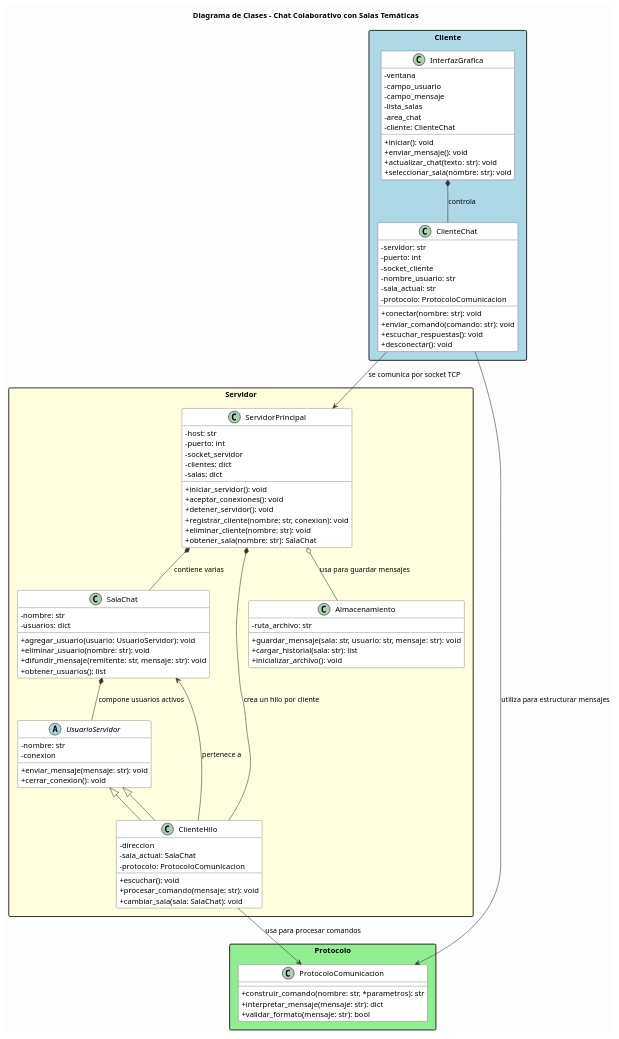
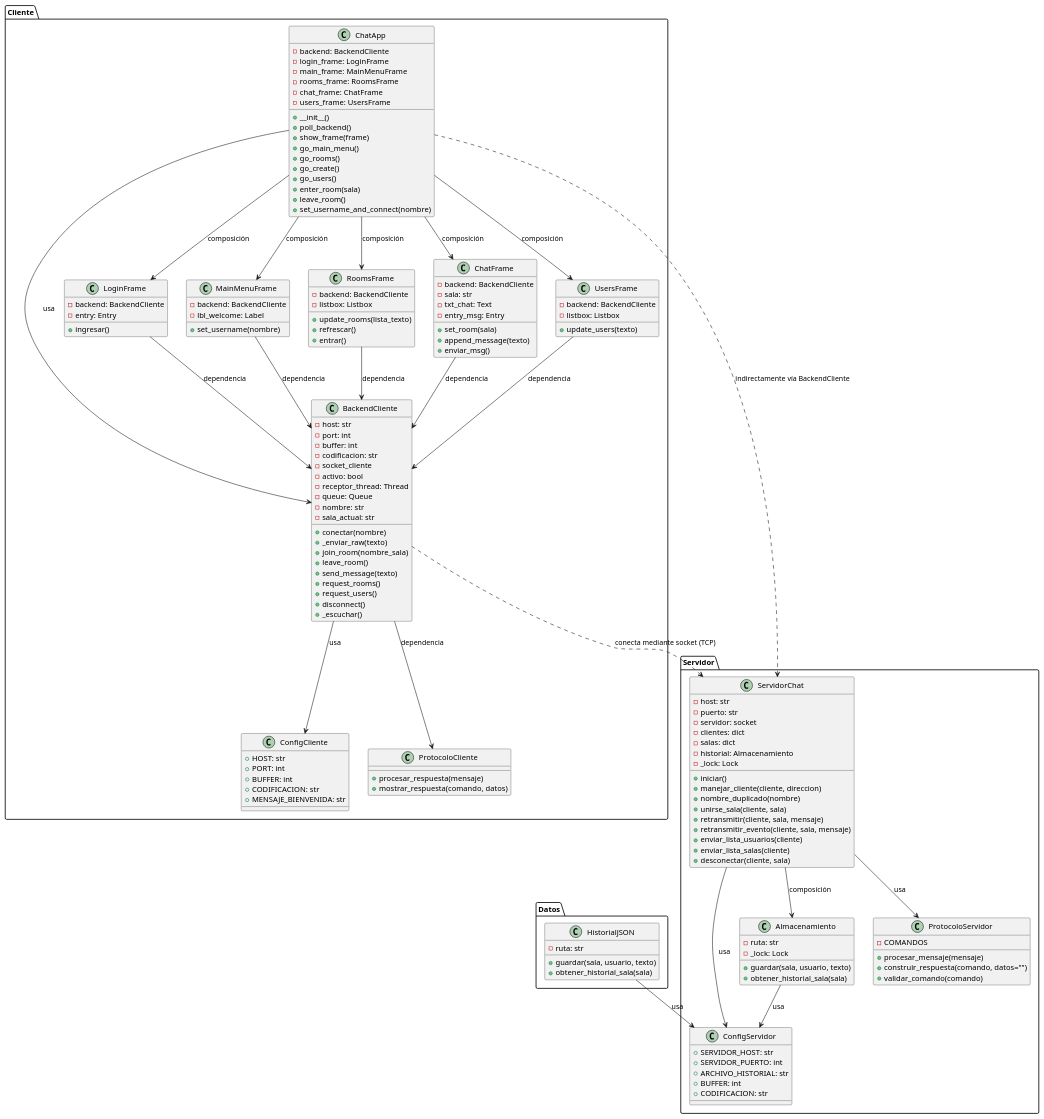
The diagram in docs/plantuml/diagrama_clases.puml (LeidyGarci/ChatColaborativo-ProyectoFinal), drawn with PlantUML before and after one commit. The commit also changed 28 other files, not shown here.

Commit message:
Finalizacion cliente - servidor chat con Interfaz

```diff
--- a/docs/plantuml/diagrama_clases.puml
+++ b/docs/plantuml/diagrama_clases.puml
@@ -1,122 +1,186 @@
 @startuml
-title Diagrama de Clases - Chat Colaborativo con Salas Temáticas
+' ====================== CLIENTE ======================
+package "Cliente" {
 
-' === ESTILOS VISUALES ===
-skinparam packageStyle rectangle
-skinparam classAttributeIconSize 0
-skinparam backgroundColor #fdfdfd
-skinparam classBackgroundColor #fff
-skinparam classBorderColor #333
-skinparam ArrowColor #333
-skinparam defaultFontName Arial
+    ' ---------------- Config Cliente ----------------
+    class ConfigCliente {
+        + HOST: str
+        + PORT: int
+        + BUFFER: int
+        + CODIFICACION: str
+        + MENSAJE_BIENVENIDA: str
+    }
 
-' === PAQUETE SERVIDOR ===
-package "Servidor" #lightyellow {
-    
-    class ServidorPrincipal {
+    ' ---------------- GUI principal ----------------
+    class ChatApp {
+        - backend: BackendCliente
+        - login_frame: LoginFrame
+        - main_frame: MainMenuFrame
+        - rooms_frame: RoomsFrame
+        - chat_frame: ChatFrame
+        - users_frame: UsersFrame
+        + __init__()
+        + poll_backend()
+        + show_frame(frame)
+        + go_main_menu()
+        + go_rooms()
+        + go_create()
+        + go_users()
+        + enter_room(sala)
+        + leave_room()
+        + set_username_and_connect(nombre)
+    }
+
+    ' ---------------- Backend ----------------
+    class BackendCliente {
         - host: str
-        - puerto: int
-        - socket_servidor
+        - port: int
+        - buffer: int
+        - codificacion: str
+        - socket_cliente
+        - activo: bool
+        - receptor_thread: Thread
+        - queue: Queue
+        - nombre: str
+        - sala_actual: str
+        + conectar(nombre)
+        + _enviar_raw(texto)
+        + join_room(nombre_sala)
+        + leave_room()
+        + send_message(texto)
+        + request_rooms()
+        + request_users()
+        + disconnect()
+        + _escuchar()
+    }
+
+    ' ---------------- Protocolo cliente ----------------
+    class ProtocoloCliente {
+        + procesar_respuesta(mensaje)
+        + mostrar_respuesta(comando, datos)
+    }
+
+    ' ---------------- Frames GUI ----------------
+    class LoginFrame {
+        - backend: BackendCliente
+        - entry: Entry
+        + ingresar()
+    }
+
+    class MainMenuFrame {
+        - backend: BackendCliente
+        - lbl_welcome: Label
+        + set_username(nombre)
+    }
+
+    class RoomsFrame {
+        - backend: BackendCliente
+        - listbox: Listbox
+        + update_rooms(lista_texto)
+        + refrescar()
+        + entrar()
+    }
+
+    class ChatFrame {
+        - backend: BackendCliente
+        - sala: str
+        - txt_chat: Text
+        - entry_msg: Entry
+        + set_room(sala)
+        + append_message(texto)
+        + enviar_msg()
+    }
+
+    class UsersFrame {
+        - backend: BackendCliente
+        - listbox: Listbox
+        + update_users(texto)
+    }
+
+    ' ---------------- Relaciones Cliente ----------------
+    ChatApp --> BackendCliente : usa
+    ChatApp --> LoginFrame : composición
+    ChatApp --> MainMenuFrame : composición
+    ChatApp --> RoomsFrame : composición
+    ChatApp --> ChatFrame : composición
+    ChatApp --> UsersFrame : composición
+    BackendCliente --> ProtocoloCliente : dependencia
+    BackendCliente --> ConfigCliente : usa
+    LoginFrame --> BackendCliente : dependencia
+    MainMenuFrame --> BackendCliente : dependencia
+    RoomsFrame --> BackendCliente : dependencia
+    ChatFrame --> BackendCliente : dependencia
+    UsersFrame --> BackendCliente : dependencia
+}
+
+' ====================== SERVIDOR ======================
+package "Servidor" {
+
+    ' ---------------- Config Servidor ----------------
+    class ConfigServidor {
+        + SERVIDOR_HOST: str
+        + SERVIDOR_PUERTO: int
+        + ARCHIVO_HISTORIAL: str
+        + BUFFER: int
+        + CODIFICACION: str
+    }
+
+    ' ---------------- Almacenamiento ----------------
+    class Almacenamiento {
+        - ruta: str
+        - _lock: Lock
+        + guardar(sala, usuario, texto)
+        + obtener_historial_sala(sala)
+    }
+
+    ' ---------------- Protocolo Servidor ----------------
+    class ProtocoloServidor {
+        + procesar_mensaje(mensaje)
+        + construir_respuesta(comando, datos="")
+        + validar_comando(comando)
+        - COMANDOS
+    }
+
+    ' ---------------- Núcleo Servidor ----------------
+    class ServidorChat {
+        - host: str
+        - puerto: str
+        - servidor: socket
         - clientes: dict
         - salas: dict
-        + iniciar_servidor(): void
-        + aceptar_conexiones(): void
-        + detener_servidor(): void
-        + registrar_cliente(nombre: str, conexion): void
-        + eliminar_cliente(nombre: str): void
-        + obtener_sala(nombre: str): SalaChat
+        - historial: Almacenamiento
+        - _lock: Lock
+        + iniciar()
+        + manejar_cliente(cliente, direccion)
+        + nombre_duplicado(nombre)
+        + unirse_sala(cliente, sala)
+        + retransmitir(cliente, sala, mensaje)
+        + retransmitir_evento(cliente, sala, mensaje)
+        + enviar_lista_usuarios(cliente)
+        + enviar_lista_salas(cliente)
+        + desconectar(cliente, sala)
     }
 
-    class SalaChat {
-        - nombre: str
-        - usuarios: dict
-        + agregar_usuario(usuario: UsuarioServidor): void
-        + eliminar_usuario(nombre: str): void
-        + difundir_mensaje(remitente: str, mensaje: str): void
-        + obtener_usuarios(): list
+    ' ---------------- Relaciones Servidor ----------------
+    ServidorChat --> ProtocoloServidor : usa
+    ServidorChat --> Almacenamiento : composición
+    ServidorChat --> ConfigServidor : usa
+    Almacenamiento --> ConfigServidor : usa
+}
+
+' ====================== DATOS ======================
+package "Datos" {
+    class HistorialJSON {
+        - ruta: str
+        + guardar(sala, usuario, texto)
+        + obtener_historial_sala(sala)
     }
 
-    abstract class UsuarioServidor {
-        - nombre: str
-        - conexion
-        + enviar_mensaje(mensaje: str): void
-        + cerrar_conexion(): void
-    }
-
-    class ClienteHilo extends UsuarioServidor {
-        - direccion
-        - sala_actual: SalaChat
-        - protocolo: ProtocoloComunicacion
-        + escuchar(): void
-        + procesar_comando(mensaje: str): void
-        + cambiar_sala(sala: SalaChat): void
-    }
-
-    class Almacenamiento {
-        - ruta_archivo: str
-        + guardar_mensaje(sala: str, usuario: str, mensaje: str): void
-        + cargar_historial(sala: str): list
-        + inicializar_archivo(): void
-    }
+    HistorialJSON --> ConfigServidor : usa
 }
 
-' === PAQUETE CLIENTE ===
-package "Cliente" #lightblue {
-    
-    class ClienteChat {
-        - servidor: str
-        - puerto: int
-        - socket_cliente
-        - nombre_usuario: str
-        - sala_actual: str
-        - protocolo: ProtocoloComunicacion
-        + conectar(nombre: str): void
-        + enviar_comando(comando: str): void
-        + escuchar_respuestas(): void
-        + desconectar(): void
-    }
-
-    class InterfazGrafica {
-        - ventana
-        - campo_usuario
-        - campo_mensaje
-        - lista_salas
-        - area_chat
-        - cliente: ClienteChat
-        + iniciar(): void
-        + enviar_mensaje(): void
-        + actualizar_chat(texto: str): void
-        + seleccionar_sala(nombre: str): void
-    }
-}
-
-' === PAQUETE PROTOCOLO ===
-package "Protocolo" #lightgreen {
-    
-    class ProtocoloComunicacion {
-        + construir_comando(nombre: str, *parametros): str
-        + interpretar_mensaje(mensaje: str): dict
-        + validar_formato(mensaje: str): bool
-    }
-}
-
-' === RELACIONES Y ASOCIACIONES ===
-
-' SERVIDOR
-ServidorPrincipal *-- SalaChat : "contiene varias"
-ServidorPrincipal *-- ClienteHilo : "crea un hilo por cliente"
-ServidorPrincipal o-- Almacenamiento : "usa para guardar mensajes"
-
-SalaChat *-- UsuarioServidor : "compone usuarios activos"
-ClienteHilo --> ProtocoloComunicacion : "usa para procesar comandos"
-ClienteHilo --> SalaChat : "pertenece a"
-
-' CLIENTE
-InterfazGrafica *-- ClienteChat : "controla"
-ClienteChat --> ProtocoloComunicacion : "utiliza para estructurar mensajes"
-ClienteChat --> ServidorPrincipal : "se comunica por socket TCP"
-
-' HERENCIAS
-ClienteHilo --|> UsuarioServidor
+' ====================== INTERACCIONES CLIENTE <-> SERVIDOR ======================
+BackendCliente ..> ServidorChat : conecta mediante socket (TCP)
+ChatApp ..> ServidorChat : indirectamente vía BackendCliente
 
 @enduml
```
